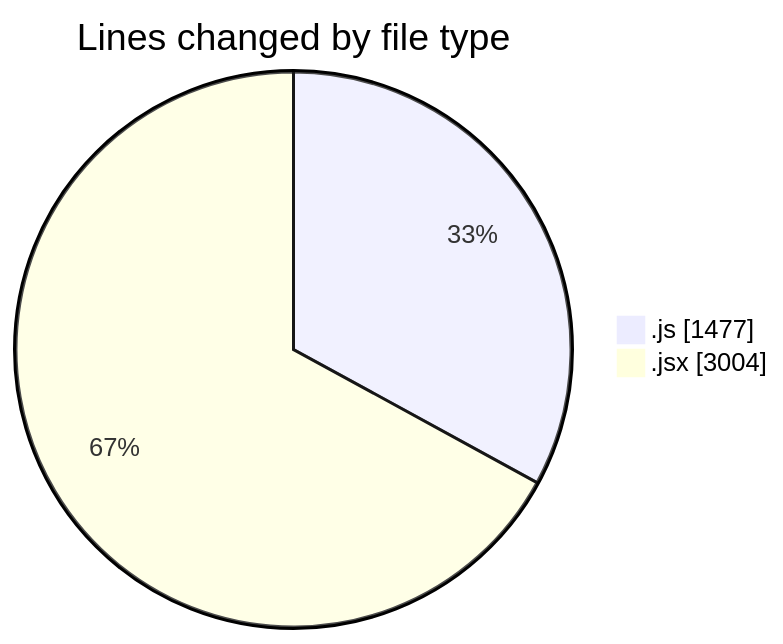
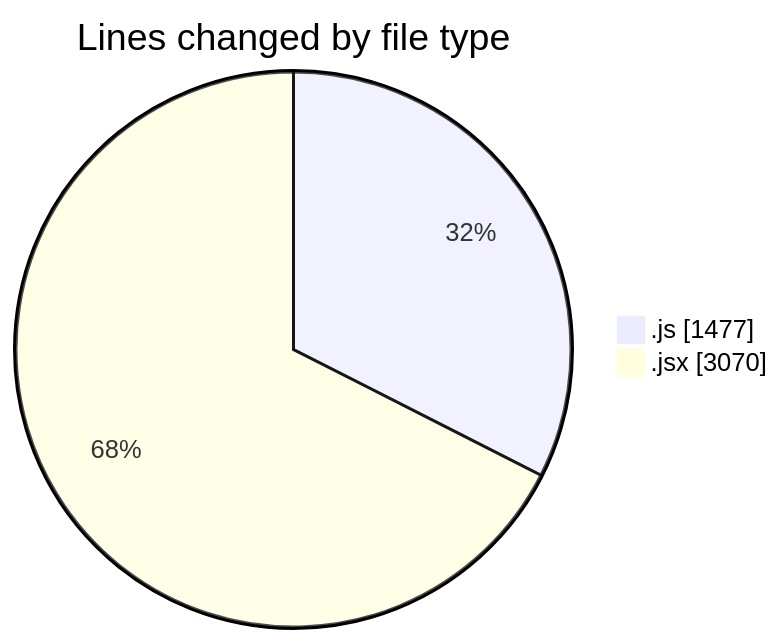
One commit to nxtqubesakshisongat/code-tracking changed the first of 2 diagrams in 2025-09-19/nxtqube_webapp/README.md. Above: the diagram before and after it, drawn with Mermaid. The commit also changed other lines of this file and 1 other file, not shown here.

````diff
--- a/2025-09-19/nxtqube_webapp/README.md
+++ b/2025-09-19/nxtqube_webapp/README.md
@@ -25,6 +25,6 @@
 ```mermaid
 pie showData
 title Lines changed by file type
 ".js" : 1477
-".jsx" : 3004
+".jsx" : 3070
 ```
````
